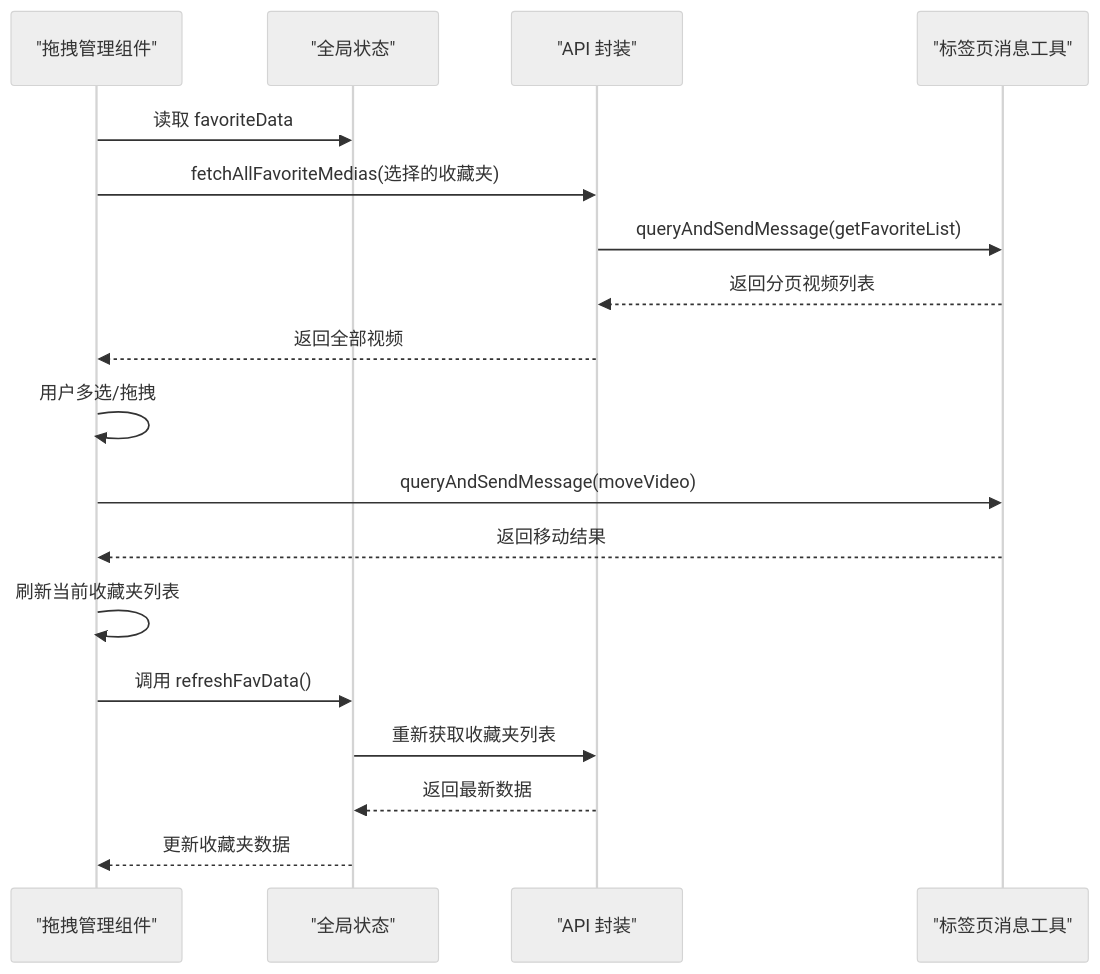
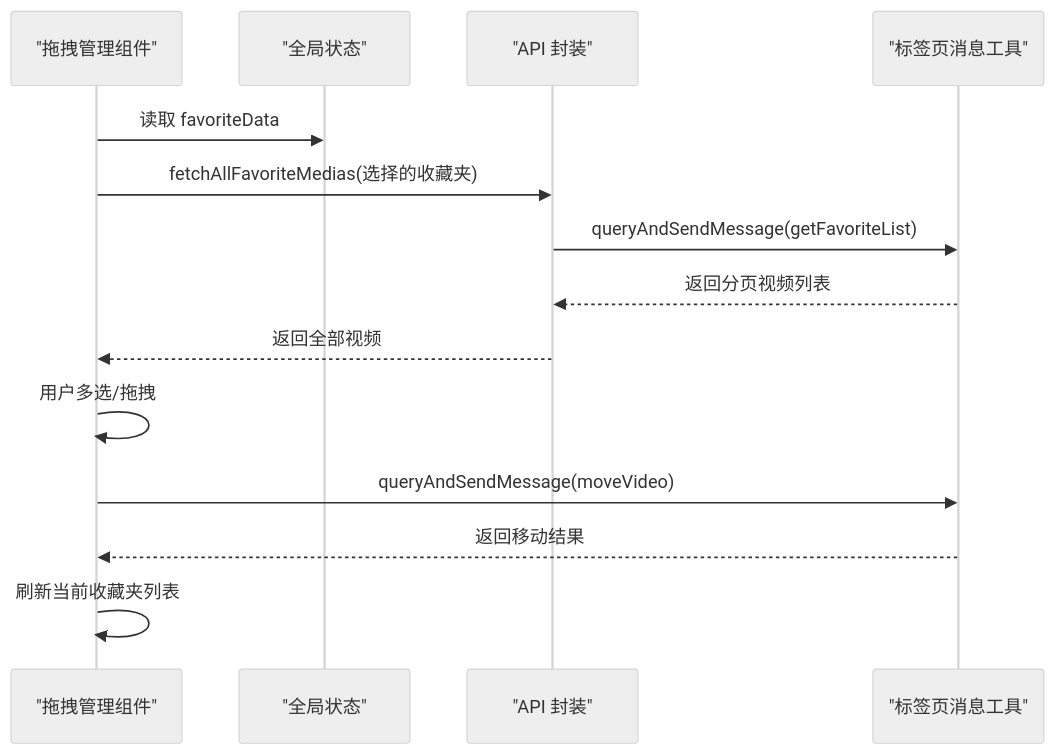
The seventh of 9 diagrams in .qoder/repowiki/zh/content/核心功能模块/收藏夹管理系统.md (RadiumAg/bilibili-favorites), drawn with Mermaid (neutral theme) before and after one commit. The commit also changed other lines of this file and 21 other files, not shown here.

````diff
--- a/.qoder/repowiki/zh/content/核心功能模块/收藏夹管理系统.md
+++ b/.qoder/repowiki/zh/content/核心功能模块/收藏夹管理系统.md
@@ -313,20 +273,16 @@
 ```mermaid
 sequenceDiagram
 participant UI as "拖拽管理组件"
 participant Store as "全局状态"
 participant API as "API 封装"
 participant Tab as "标签页消息工具"
 UI->>Store : 读取 favoriteData
 UI->>API : fetchAllFavoriteMedias(选择的收藏夹)
 API->>Tab : queryAndSendMessage(getFavoriteList)
 Tab-->>API : 返回分页视频列表
 API-->>UI : 返回全部视频
 UI->>UI : 用户多选/拖拽
 UI->>Tab : queryAndSendMessage(moveVideo)
 Tab-->>UI : 返回移动结果
 UI->>UI : 刷新当前收藏夹列表
-UI->>Store : 调用 refreshFavData()
-Store->>API : 重新获取收藏夹列表
-API-->>Store : 返回最新数据
-Store-->>UI : 更新收藏夹数据
 ```
````
